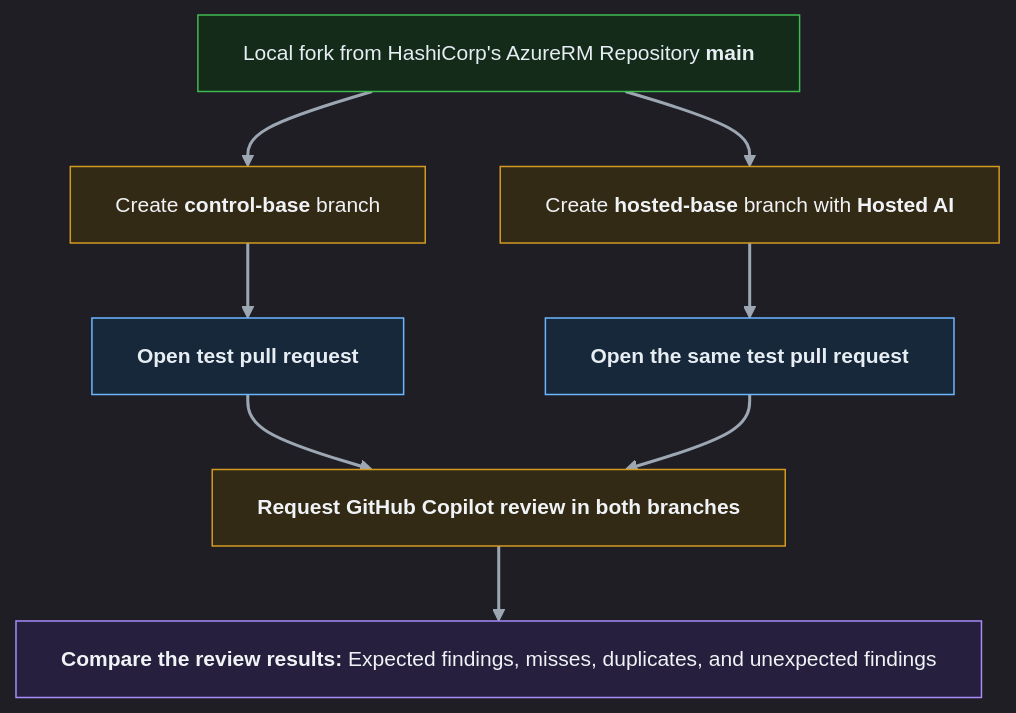
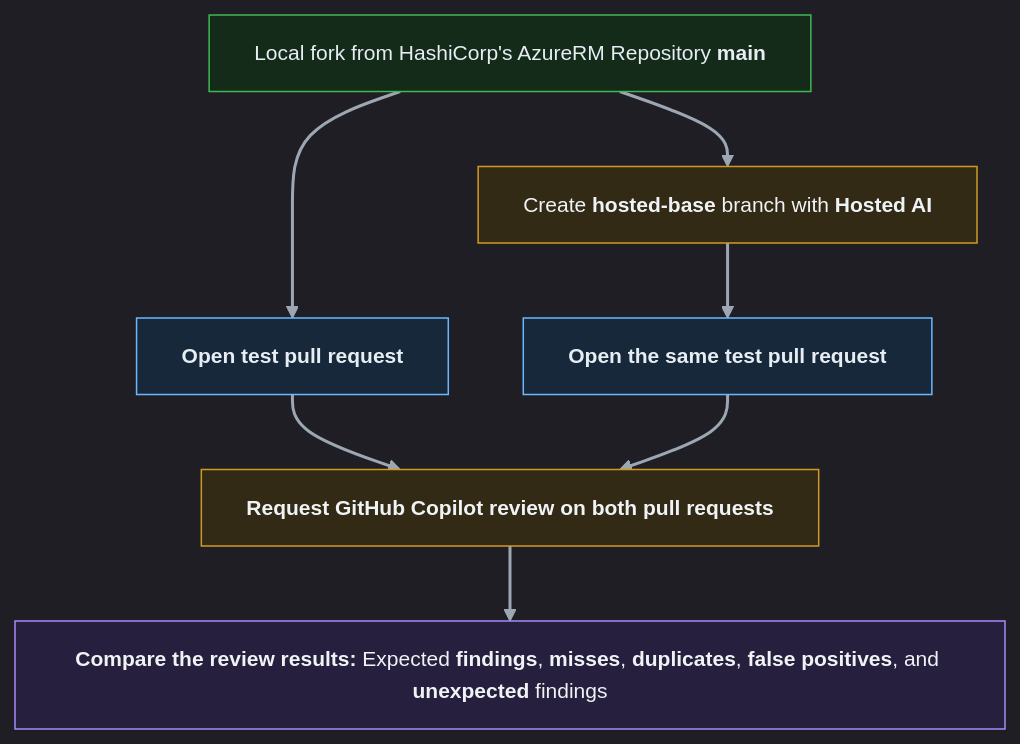
One commit to WodansSon/terraform-azurerm-ai-assisted-development changed the diagram in hosted_copilot/docs/HOSTED_COPILOT_CODE_REVIEW_IMPLEMENTATION.md. Above: the diagram before and after it, drawn with Mermaid. The commit also changed other lines of this file and 3 other files, not shown here.

Commit message:
Simplify Phase Four baseline and validate Mermaid

````diff
--- a/hosted_copilot/docs/HOSTED_COPILOT_CODE_REVIEW_IMPLEMENTATION.md
+++ b/hosted_copilot/docs/HOSTED_COPILOT_CODE_REVIEW_IMPLEMENTATION.md
@@ -217,34 +217,32 @@
 ```mermaid
 %%{init: {"theme":"dark","themeVariables":{"fontFamily":"Segoe UI, Arial, sans-serif","fontSize":"14px","background":"#111418","primaryTextColor":"#e6edf3","lineColor":"#9da7b3"},"flowchart":{"htmlLabels":true,"wrappingWidth":600}}}%%
 flowchart TB
   main["Local fork from HashiCorp's AzureRM Repository <b>main</b>"]
-  controlBase["Create <b>control-base</b> branch"]
   hostedBase["Create <b>hosted-base</b> branch with <b>Hosted AI</b>"]
   controlPr["<b>Open test pull request</b>"]
   hostedPr["<b>Open the same test pull request</b>"]
-  review["<b>Request GitHub Copilot review in both branches</b>"]
-  compare["<b>Compare the review results:</b> Expected findings, misses, duplicates, and unexpected findings"]
+  review["<b>Request GitHub Copilot review on both pull requests</b>"]
+  compare["<b>Compare the review results:</b> Expected <b>findings</b>, <b>misses</b>, <b>duplicates</b>, <b>false positives</b>, and <b>unexpected</b> findings"]
 
-  main --> controlBase
+  main --> controlPr
   main --> hostedBase
-  controlBase --> controlPr
   hostedBase --> hostedPr
   controlPr --> review
   hostedPr --> review
   review --> compare
 
   classDef source fill:#142b1a,stroke:#3fb950,stroke-width:1px,color:#e6edf3
   classDef prerequisite fill:#332a16,stroke:#d29922,stroke-width:1px,color:#f0f3f6
   classDef control fill:#17283a,stroke:#6cb6ff,stroke-width:1px,color:#e6edf3
   classDef hosted fill:#17283a,stroke:#6cb6ff,stroke-width:1px,color:#e6edf3
   classDef action fill:#332a16,stroke:#d29922,stroke-width:1px,color:#f0f3f6
   classDef result fill:#261f3d,stroke:#a78bfa,stroke-width:1px,color:#f0f3f6
 
   class main source
-  class controlBase,hostedBase prerequisite
+  class hostedBase prerequisite
   class controlPr control
   class hostedPr hosted
   class review action
   class compare result
   linkStyle default stroke:#9da7b3,stroke-width:2px
 ```
````
